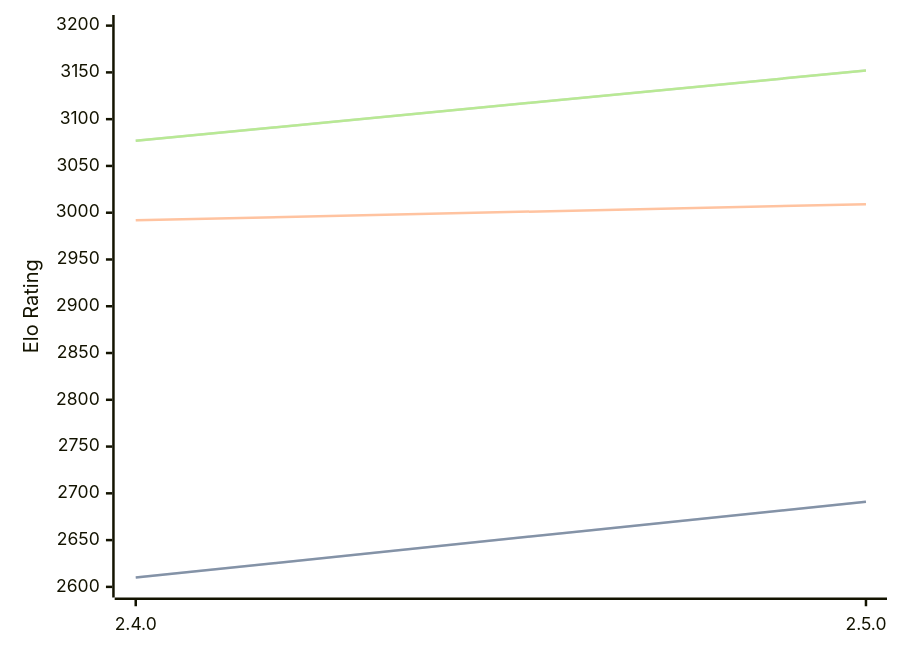
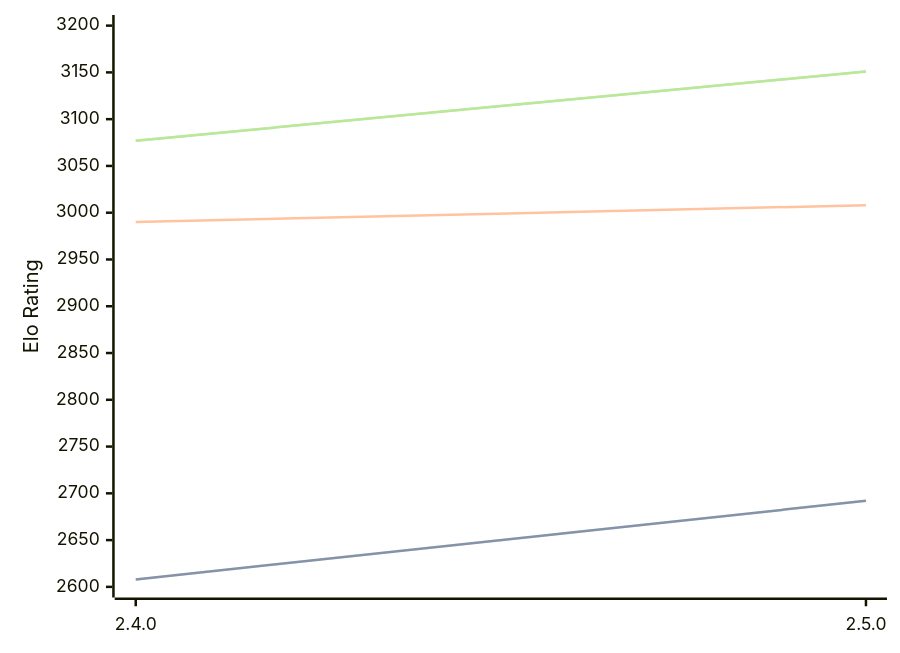
One commit to computer-chess-index/cci changed the third of 3 diagrams in engines/Sturddle2.md. Above: the diagram before and after it, drawn with Mermaid. The commit also changed other lines of this file, not shown here.

Commit message:
Update CCI Ratings (ELO VLTC) - 2026-06-19

````diff
--- a/engines/Sturddle2.md
+++ b/engines/Sturddle2.md
@@ -70,11 +70,11 @@
 ```mermaid
 %%{init: {"theme":"base","themeVariables":{"seriesColors:['#a3a3a3','#222221','#faa371']}}}%%
 xychart-beta
   x-axis ["2.4.0", "2.5.0"]
   y-axis "Elo Rating" 2600 --> 3200
-  line "STC (8.0+0.08s)" [2610, 2691]
-  line "STC (8.0+0.08s)" [2610, 2691]
-  line "LTC (60.0+0.60s)" [2992, 3009]
-  line "VLTC (2m24s+1.12s)" [3077, 3152]
-  line "VLTC (2m24s+1.12s)" [3077, 3152]
+  line "STC (8.0+0.08s)" [2608, 2692]
+  line "STC (8.0+0.08s)" [2608, 2692]
+  line "LTC (60.0+0.60s)" [2990, 3008]
+  line "VLTC (2m24s+1.12s)" [3077, 3151]
+  line "VLTC (2m24s+1.12s)" [3077, 3151]
 ```
````
